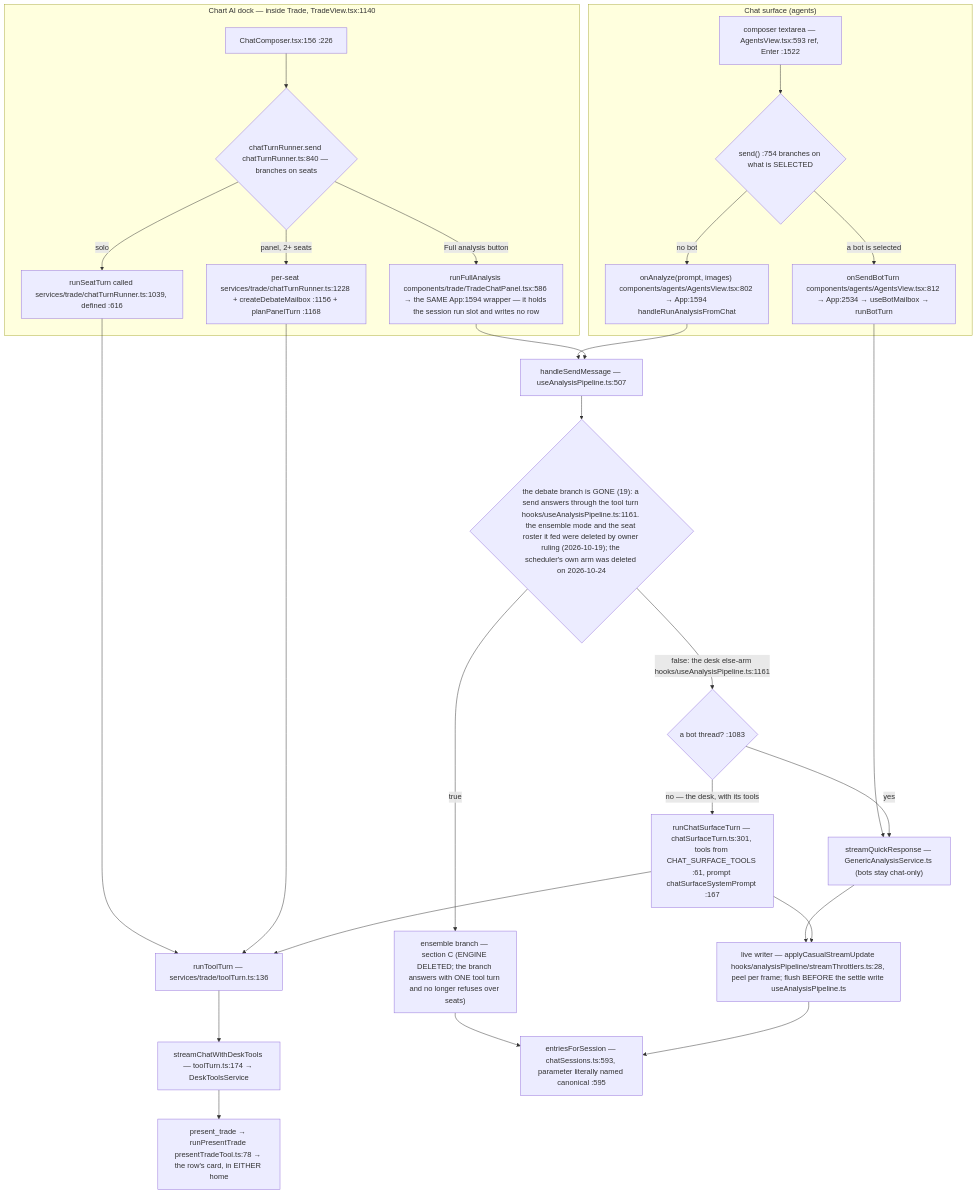
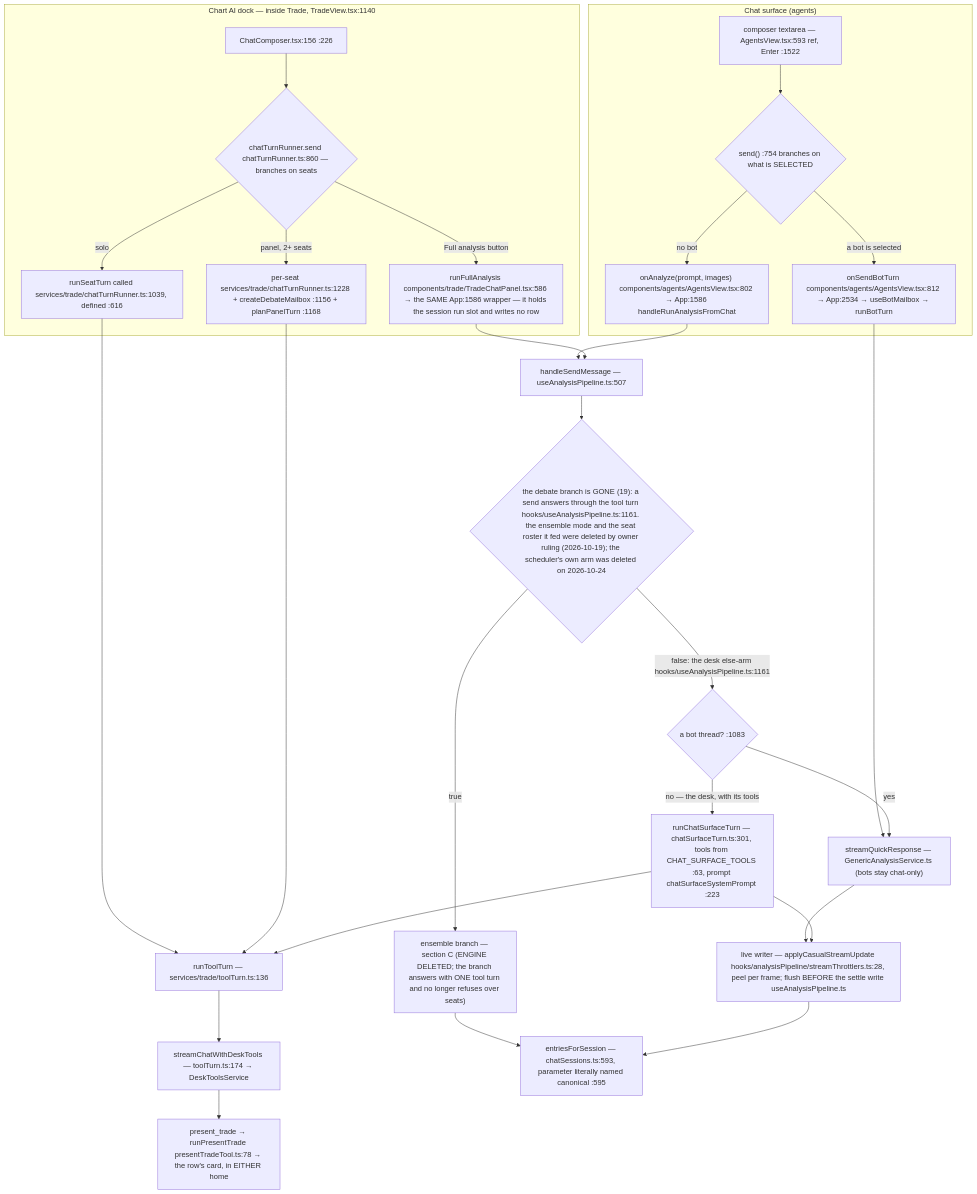
Before and after one commit to Acepay25/august-3.5: the second of 8 diagrams in docs/app-flow.md, drawn with Mermaid. The commit also changed other lines of this file and 2 other files, not shown here.

First line of the commit message:
docs(flow): the anchor gate is green again - 462 citations, none stale

````diff
--- a/docs/app-flow.md
+++ b/docs/app-flow.md
@@ -78,31 +78,31 @@
 ```mermaid
 flowchart TD
     subgraph CHAT["Chat surface (agents)"]
         CB["composer textarea — AgentsView.tsx:593 ref, Enter :1522"] --> D1{"send() :754 branches on what is SELECTED"}
         D1 -->|a bot is selected| BOT["onSendBotTurn components/agents/AgentsView.tsx:812 → App:2534 → useBotMailbox → runBotTurn"]
-        D1 -->|no bot| AN["onAnalyze(prompt, images) components/agents/AgentsView.tsx:802 → App:1594 handleRunAnalysisFromChat"]
+        D1 -->|no bot| AN["onAnalyze(prompt, images) components/agents/AgentsView.tsx:802 → App:1586 handleRunAnalysisFromChat"]
     end
     subgraph DOCK["Chart AI dock — inside Trade, TradeView.tsx:1140"]
-        DC["ChatComposer.tsx:156 :226"] --> D2{"chatTurnRunner.send chatTurnRunner.ts:840 — branches on seats"}
+        DC["ChatComposer.tsx:156 :226"] --> D2{"chatTurnRunner.send chatTurnRunner.ts:860 — branches on seats"}
         D2 -->|solo| SO["runSeatTurn called services/trade/chatTurnRunner.ts:1039, defined :616"]
         D2 -->|panel, 2+ seats| PN["per-seat services/trade/chatTurnRunner.ts:1228 + createDebateMailbox :1156 + planPanelTurn :1168"]
-        D2 -->|Full analysis button| FA["runFullAnalysis components/trade/TradeChatPanel.tsx:586 → the SAME App:1594 wrapper — it holds the session run slot and writes no row"]
+        D2 -->|Full analysis button| FA["runFullAnalysis components/trade/TradeChatPanel.tsx:586 → the SAME App:1586 wrapper — it holds the session run slot and writes no row"]
     end
     SO --> TT["runToolTurn — services/trade/toolTurn.ts:136"]
     PN --> TT
     TT --> SCDT["streamChatWithDeskTools — toolTurn.ts:174 → DeskToolsService"]
     BOT --> TR["streamQuickResponse — GenericAnalysisService.ts (bots stay chat-only)"]
     AN --> HSM["handleSendMessage — useAnalysisPipeline.ts:507"]
     FA --> HSM
     HSM --> D3{"the debate branch is GONE (19): a send answers through the tool turn hooks/useAnalysisPipeline.ts:1161. the ensemble mode and the seat roster it fed were deleted by owner ruling (2026-10-19); the scheduler's own arm was deleted on 2026-10-24"}
     D3 -->|true| ENS["ensemble branch — section C (ENGINE DELETED; the branch answers with ONE tool turn and no longer refuses over seats)"]
     D3 -->|false: the desk else-arm hooks/useAnalysisPipeline.ts:1161| SPLIT{"a bot thread? :1083"}
     SPLIT -->|yes| TR
-    SPLIT -->|no — the desk, with its tools| CST["runChatSurfaceTurn — chatSurfaceTurn.ts:301, tools from CHAT_SURFACE_TOOLS :61, prompt chatSurfaceSystemPrompt :167"]
+    SPLIT -->|no — the desk, with its tools| CST["runChatSurfaceTurn — chatSurfaceTurn.ts:301, tools from CHAT_SURFACE_TOOLS :63, prompt chatSurfaceSystemPrompt :223"]
     CST --> TT
     TR --> LW["live writer — applyCasualStreamUpdate hooks/analysisPipeline/streamThrottlers.ts:28, peel per frame; flush BEFORE the settle write useAnalysisPipeline.ts"]
     CST --> LW
     ENS --> MERGE
     LW --> MERGE["entriesForSession — chatSessions.ts:593, parameter literally named canonical :595"]
     SCDT --> PT["present_trade → runPresentTrade presentTradeTool.ts:78 → the row's card, in EITHER home"]
 ```
````
